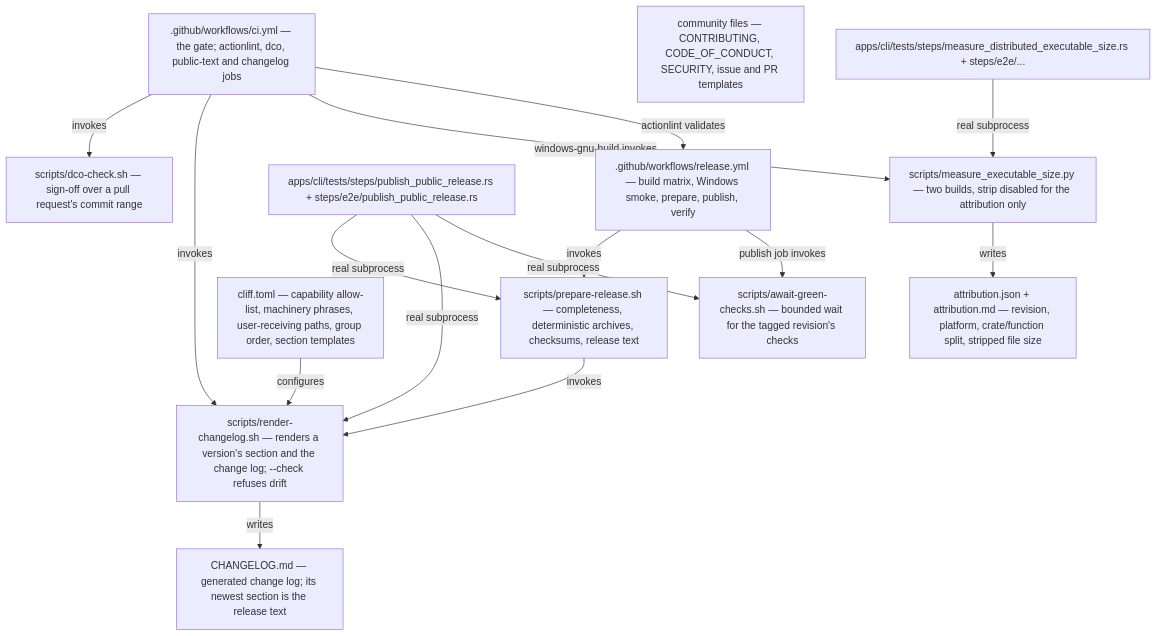
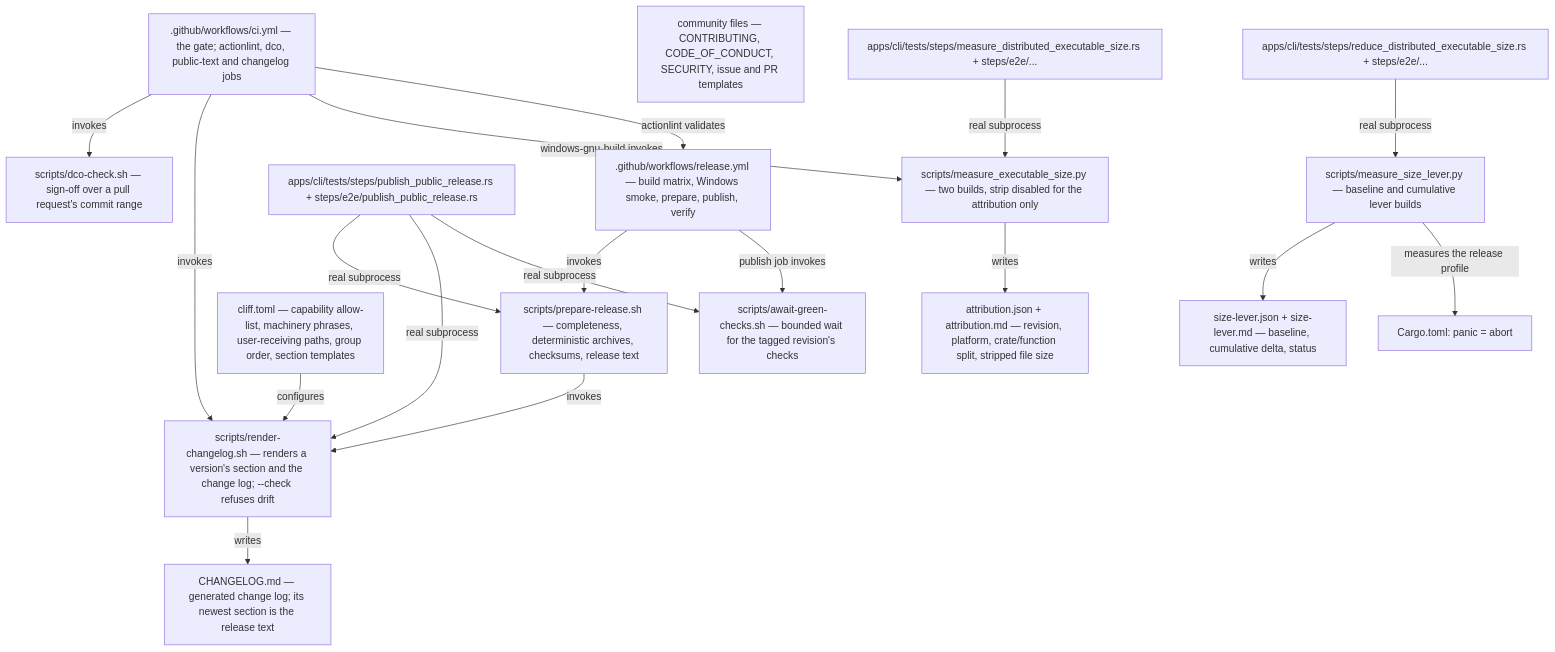
One commit to duty2cal/duty2cal changed the second of 3 diagrams in docs/arc42/05-building-block-view.md. Above: the diagram before and after it, drawn with Mermaid. The commit also changed other lines of this file and 23 other files, not shown here.

First line of the commit message:
feat(reduce-distributed-executable-size): The Windows executable is smaller

````diff
--- a/docs/arc42/05-building-block-view.md
+++ b/docs/arc42/05-building-block-view.md
@@ -25,30 +25,36 @@
 ```mermaid
 flowchart TB
   PREP["scripts/prepare-release.sh — completeness, deterministic archives, checksums, release text"]
   RENDER["scripts/render-changelog.sh — renders a version's section and the change log; --check refuses drift"]
   CONFIG["cliff.toml — capability allow-list, machinery phrases, user-receiving paths, group order, section templates"]
   LOG["CHANGELOG.md — generated change log; its newest section is the release text"]
   DCO["scripts/dco-check.sh — sign-off over a pull request's commit range"]
   GATE["scripts/await-green-checks.sh — bounded wait for the tagged revision's checks"]
   CI[".github/workflows/ci.yml — the gate; actionlint, dco, public-text and changelog jobs"]
   REL[".github/workflows/release.yml — build matrix, Windows smoke, prepare, publish, verify"]
   COMM["community files — CONTRIBUTING, CODE_OF_CONDUCT, SECURITY, issue and PR templates"]
   STEPS["apps/cli/tests/steps/publish_public_release.rs + steps/e2e/publish_public_release.rs"]
   MEASURE["scripts/measure_executable_size.py — two builds, strip disabled for the attribution only"]
   REPORT["attribution.json + attribution.md — revision, platform, crate/function split, stripped file size"]
   STEPS9["apps/cli/tests/steps/measure_distributed_executable_size.rs + steps/e2e/..."]
+  REDUCE["scripts/measure_size_lever.py — baseline and cumulative lever builds"]
+  LEVER["size-lever.json + size-lever.md — baseline, cumulative delta, status"]
+  STEPS10["apps/cli/tests/steps/reduce_distributed_executable_size.rs + steps/e2e/..."]
   REL -->|invokes| PREP
   PREP -->|invokes| RENDER
   REL -->|publish job invokes| GATE
   CONFIG -->|configures| RENDER
   RENDER -->|writes| LOG
   CI -->|invokes| DCO
   CI -->|invokes| RENDER
   CI -->|"windows-gnu-build invokes"| MEASURE
   CI -->|actionlint validates| REL
   STEPS -->|real subprocess| PREP
   STEPS -->|real subprocess| RENDER
   STEPS -->|real subprocess| GATE
   STEPS9 -->|real subprocess| MEASURE
   MEASURE -->|writes| REPORT
+  STEPS10 -->|real subprocess| REDUCE
+  REDUCE -->|writes| LEVER
+  REDUCE -->|"measures the release profile"| PRODUCT["Cargo.toml: panic = abort"]
 ```
````
